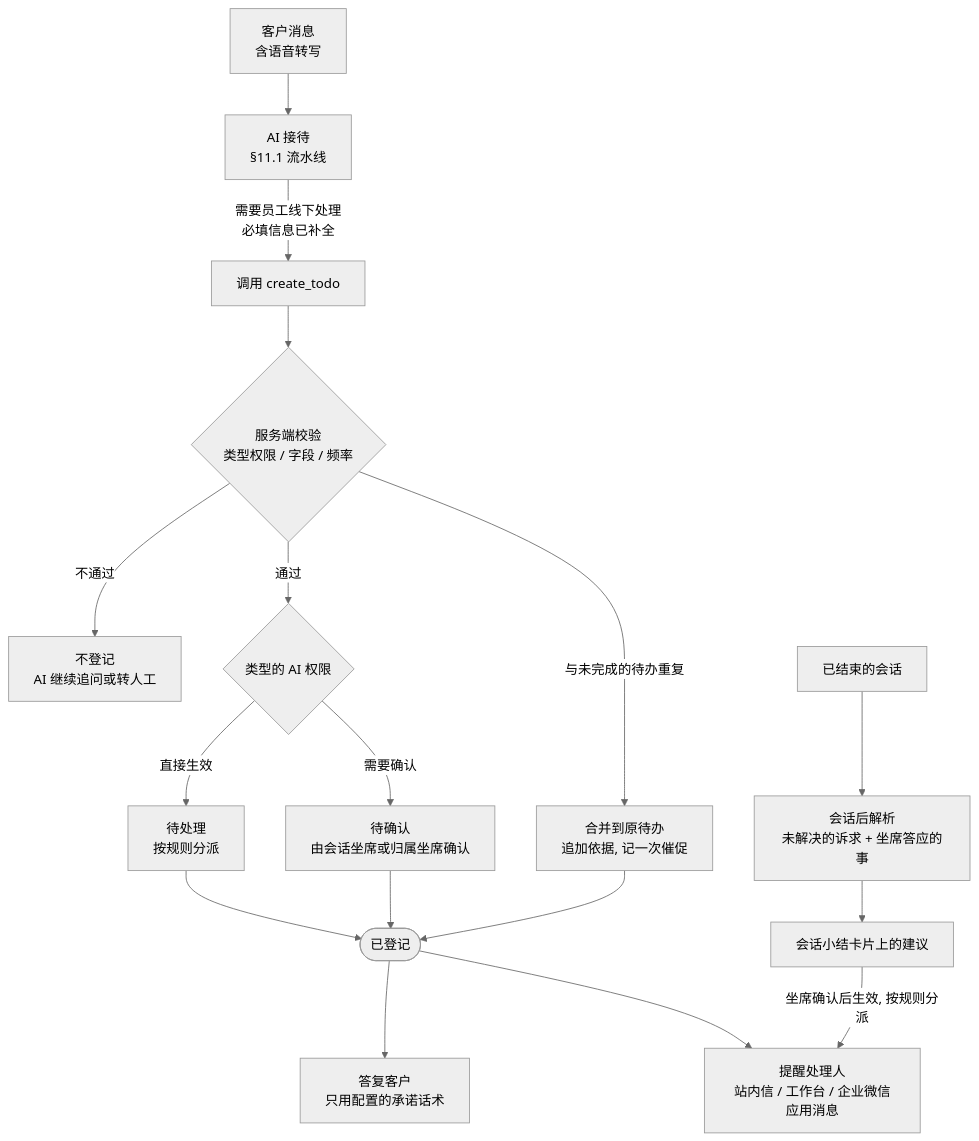
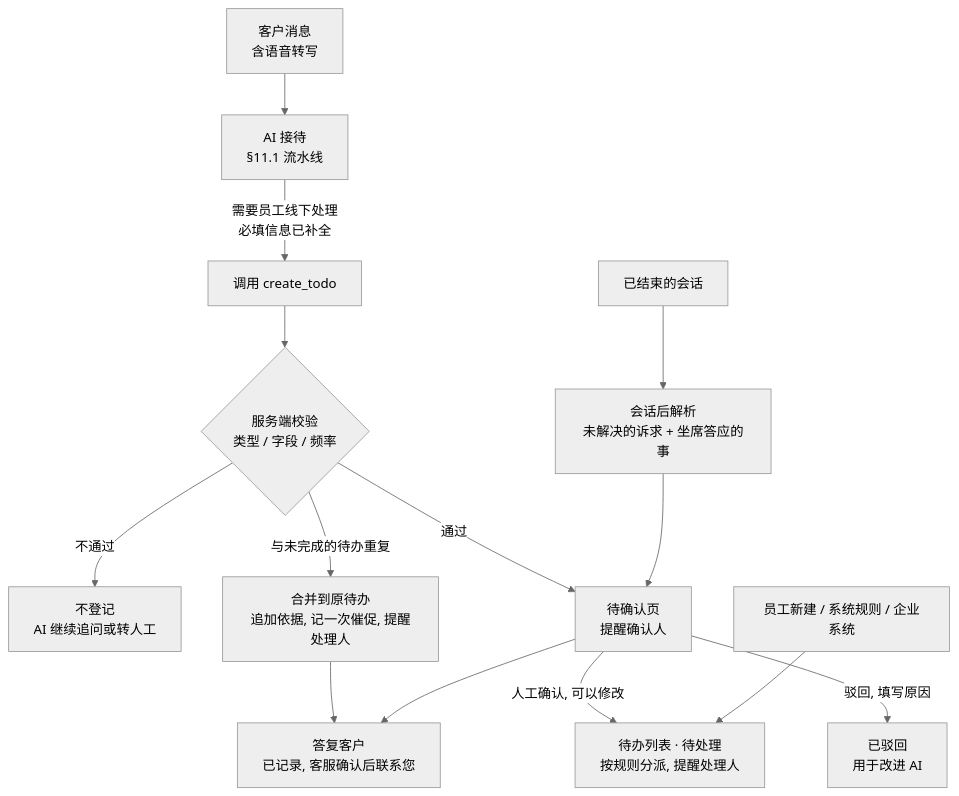
One commit to brianabc121/EnterpriseDigitalPlatform changed the ninth of 12 diagrams in docs/plans/2026-09-28-enterprise-digital-platform-design.md. Above: the diagram before and after it, drawn with Mermaid (neutral theme). The commit also changed other lines of this file, not shown here.

````diff
--- a/docs/plans/2026-09-28-enterprise-digital-platform-design.md
+++ b/docs/plans/2026-09-28-enterprise-digital-platform-design.md
@@ -1775,19 +1797,16 @@
 ```mermaid
 flowchart TB
   M["客户消息<br/>含语音转写"] --> AI["AI 接待<br/>§11.1 流水线"]
   AI -- "需要员工线下处理<br/>必填信息已补全" --> T["调用 create_todo"]
-  T --> V{"服务端校验<br/>类型权限 / 字段 / 频率"}
+  T --> V{"服务端校验<br/>类型 / 字段 / 频率"}
   V -- "不通过" --> NO["不登记<br/>AI 继续追问或转人工"]
-  V -- "与未完成的待办重复" --> MG["合并到原待办<br/>追加依据, 记一次催促"]
-  V -- "通过" --> MODE{"类型的 AI 权限"}
-  MODE -- "直接生效" --> OPEN["待处理<br/>按规则分派"]
-  MODE -- "需要确认" --> DRAFT["待确认<br/>由会话坐席或归属坐席确认"]
-  OPEN --> REG(["已登记"])
-  DRAFT --> REG
-  MG --> REG
-  REG --> R["答复客户<br/>只用配置的承诺话术"]
-  REG --> N["提醒处理人<br/>站内信 / 工作台 / 企业微信应用消息"]
+  V -- "与未完成的待办重复" --> MG["合并到原待办<br/>追加依据, 记一次催促, 提醒处理人"]
+  V -- "通过" --> P["待确认页<br/>提醒确认人"]
+  MG --> R["答复客户<br/>已记录, 客服确认后联系您"]
+  P --> R
   S["已结束的会话"] --> EX["会话后解析<br/>未解决的诉求 + 坐席答应的事"]
-  EX --> SUG["会话小结卡片上的建议"]
-  SUG -- "坐席确认后生效, 按规则分派" --> N
+  EX --> P
+  P -- "人工确认, 可以修改" --> OPEN["待办列表 · 待处理<br/>按规则分派, 提醒处理人"]
+  P -- "驳回, 填写原因" --> REJ["已驳回<br/>用于改进 AI"]
+  STAFF["员工新建 / 系统规则 / 企业系统"] --> OPEN
 ```
````
